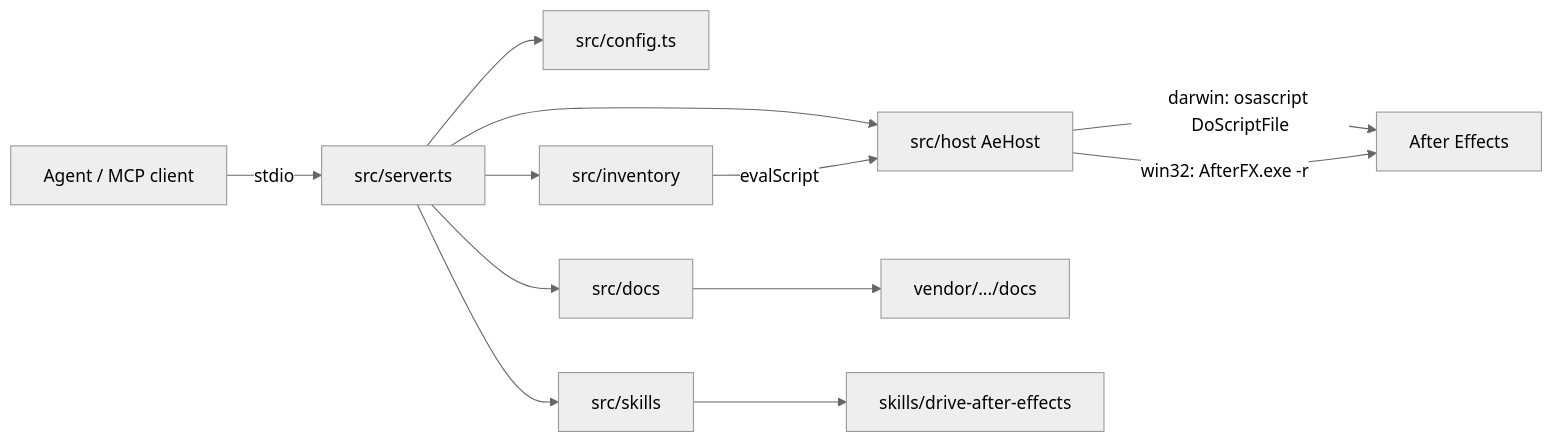
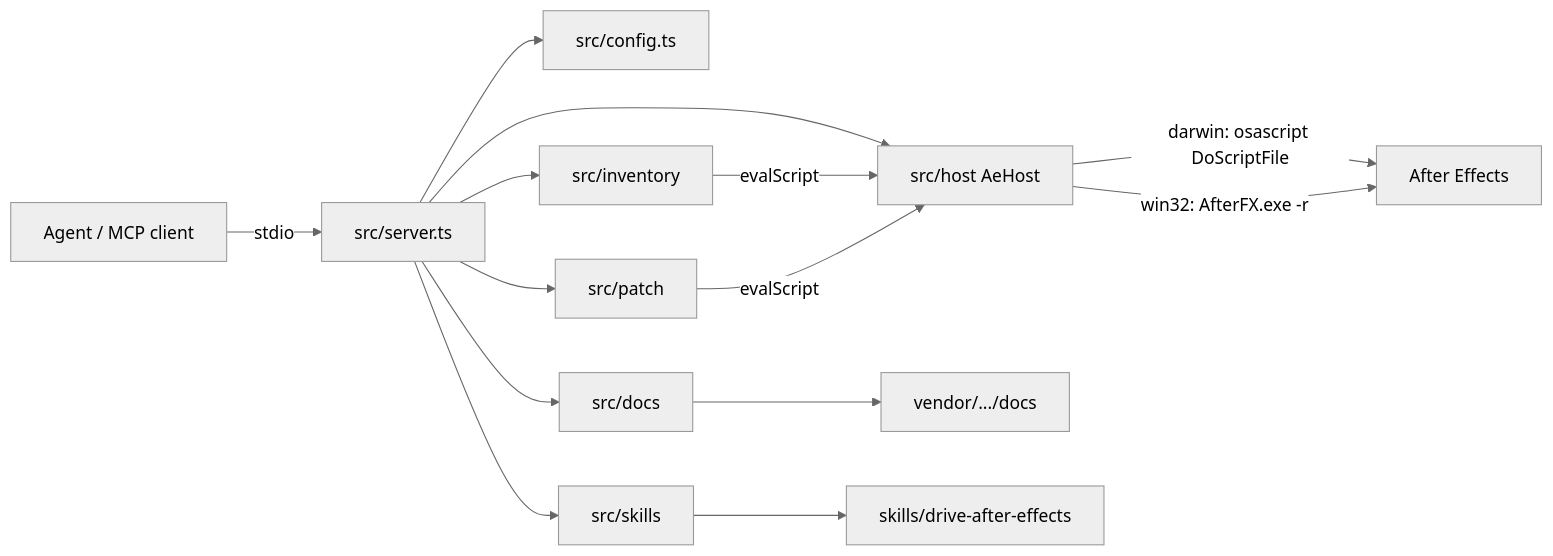
The diagram in ARCHITECTURE.md (alphacornutum/layercake), drawn with Mermaid (neutral theme) before and after one commit. The commit also changed other lines of this file and 47 other files, not shown here.

````diff
--- a/ARCHITECTURE.md
+++ b/ARCHITECTURE.md
@@ -9,14 +9,16 @@
 ```mermaid
 flowchart LR
   Agent[Agent / MCP client] -->|stdio| Server[src/server.ts]
   Server --> Config[src/config.ts]
   Server --> Host[src/host AeHost]
   Server --> Inventory[src/inventory]
+  Server --> Patch[src/patch]
   Server --> Docs[src/docs]
   Server --> Skills[src/skills]
   Inventory -->|evalScript| Host
+  Patch -->|evalScript| Host
   Host -->|darwin: osascript DoScriptFile| AE[After Effects]
   Host -->|win32: AfterFX.exe -r| AE
   Docs --> Corpus[vendor/.../docs]
   Skills --> SkillTree[skills/drive-after-effects]
 ```
````
